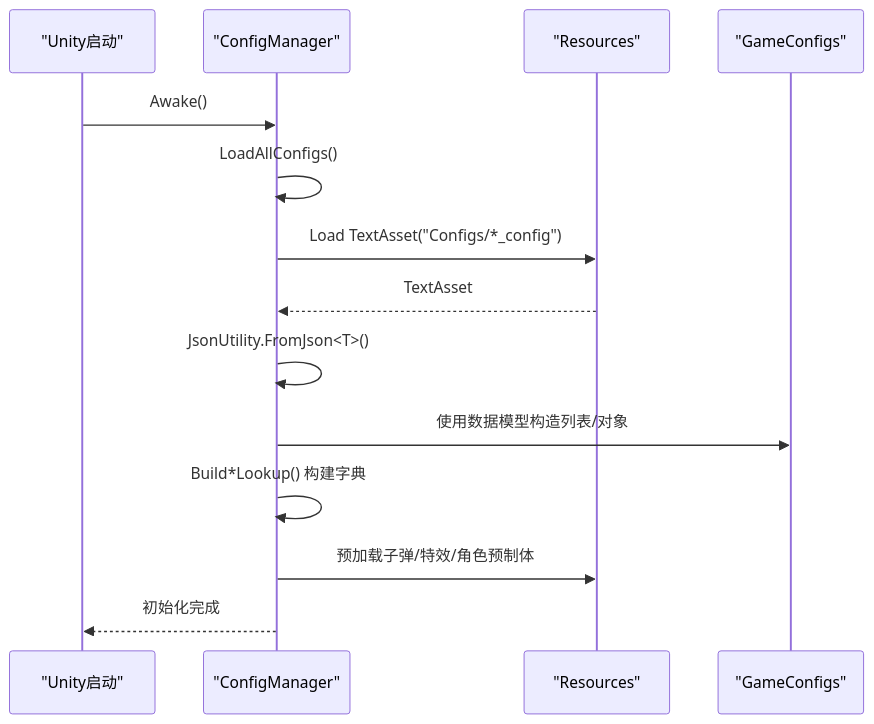
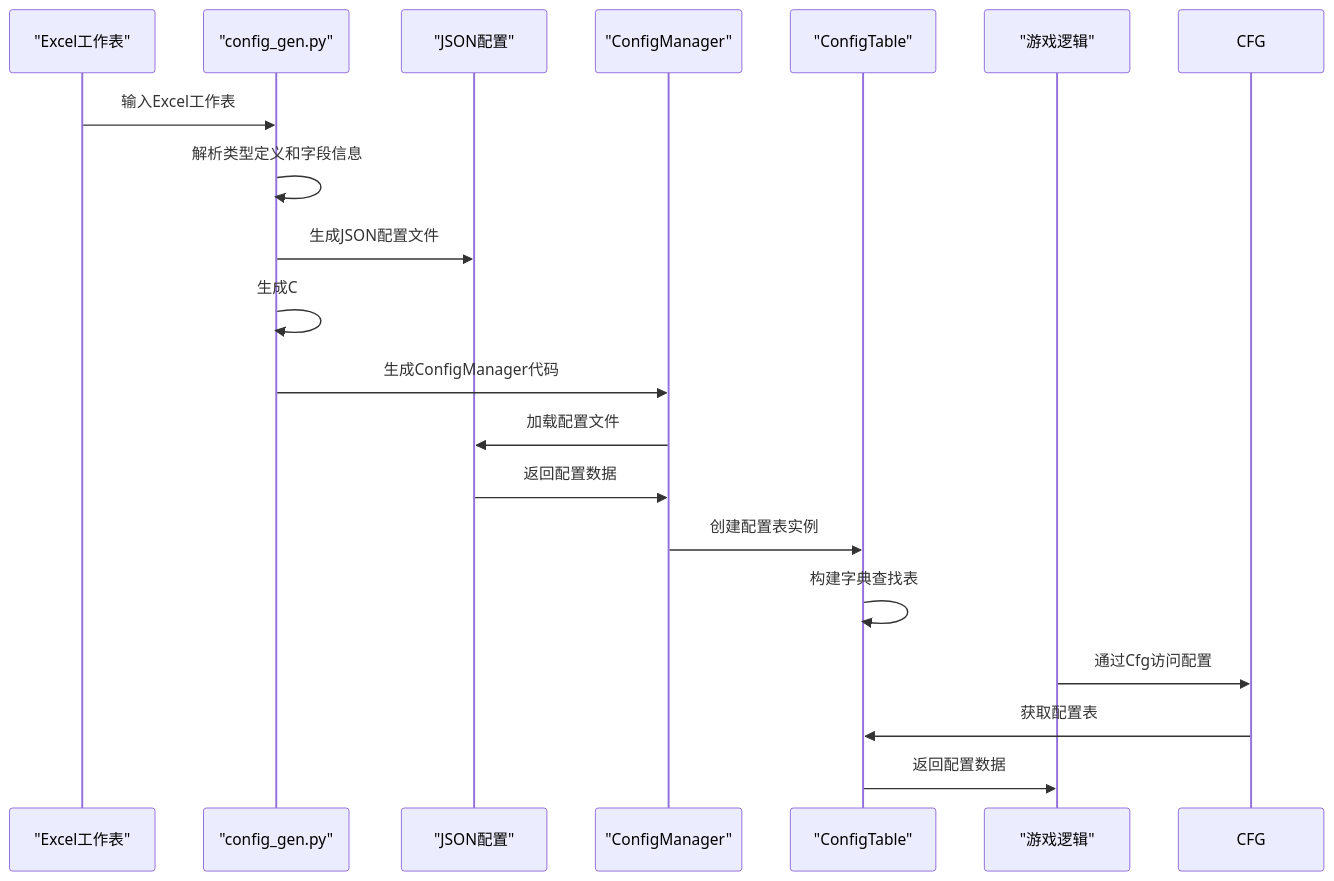
One commit to Tuusen/p1_client changed the second of 6 diagrams in .qoder/repowiki/zh/content/核心架构/配置驱动开发.md. Above: the diagram before and after it, drawn with Mermaid. The commit also changed other lines of this file and 29 other files, not shown here.

````diff
--- a/.qoder/repowiki/zh/content/核心架构/配置驱动开发.md
+++ b/.qoder/repowiki/zh/content/核心架构/配置驱动开发.md
@@ -82,16 +101,21 @@
 ```mermaid
 sequenceDiagram
-participant Boot as "Unity启动"
+participant EXCEL as "Excel工作表"
+participant GEN as "config_gen.py"
+participant JSON as "JSON配置"
 participant CM as "ConfigManager"
-participant Res as "Resources"
-participant GC as "GameConfigs"
-Boot->>CM : Awake()
-CM->>CM : LoadAllConfigs()
-CM->>Res : Load TextAsset("Configs/*_config")
-Res-->>CM : TextAsset
-CM->>CM : JsonUtility.FromJson<T>()
-CM->>GC : 使用数据模型构造列表/对象
-CM->>CM : Build*Lookup() 构建字典
-CM->>Res : 预加载子弹/特效/角色预制体
-CM-->>Boot : 初始化完成
+participant CT as "ConfigTable"
+participant GAME as "游戏逻辑"
+EXCEL->>GEN : 输入Excel工作表
+GEN->>GEN : 解析类型定义和字段信息
+GEN->>JSON : 生成JSON配置文件
+GEN->>GEN : 生成C#数据类
+GEN->>CM : 生成ConfigManager代码
+CM->>JSON : 加载配置文件
+JSON->>CM : 返回配置数据
+CM->>CT : 创建配置表实例
+CT->>CT : 构建字典查找表
+GAME->>CFG : 通过Cfg访问配置
+CFG->>CT : 获取配置表
+CT->>GAME : 返回配置数据
 ```
````
